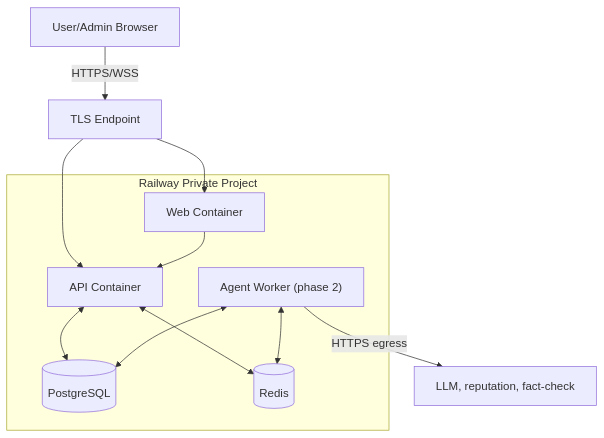
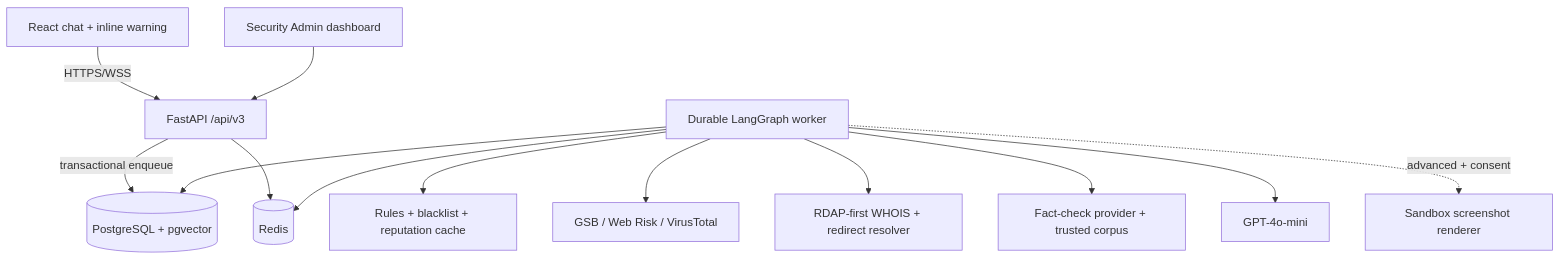
One commit to Binhdn04/TrustGuard-AI changed the third of 4 diagrams in docs/01-ARCHITECTURE.md. Above: the diagram before and after it, drawn with Mermaid. The commit also changed other lines of this file and 8 other files, not shown here.

````diff
--- a/docs/01-ARCHITECTURE.md
+++ b/docs/01-ARCHITECTURE.md
@@ -97,19 +186,15 @@
 ```mermaid
 flowchart TB
-    Browser["User/Admin Browser"] -->|"HTTPS/WSS"| Edge["TLS Endpoint"]
-    subgraph Runtime["Railway Private Project"]
-        Web["Web Container"]
-        API["API Container"]
-        Worker["Agent Worker (phase 2)"]
-        DB[("PostgreSQL")]
-        Redis[("Redis")]
-    end
-    Edge --> Web
-    Edge --> API
-    Web --> API
-    API <--> DB
-    API <--> Redis
-    Worker <--> Redis
-    Worker <--> DB
-    Worker -->|"HTTPS egress"| Providers["LLM, reputation, fact-check"]
+    Web["React chat + inline warning"] -->|HTTPS/WSS| API[FastAPI /api/v3]
+    Admin["Security Admin dashboard"] --> API
+    API -->|transactional enqueue| DB[(PostgreSQL + pgvector)]
+    API --> Redis[(Redis)]
+    Worker[Durable LangGraph worker] --> DB
+    Worker --> Redis
+    Worker --> Local[Rules + blacklist + reputation cache]
+    Worker --> Reputation[GSB / Web Risk / VirusTotal]
+    Worker --> Domain[RDAP-first WHOIS + redirect resolver]
+    Worker --> Facts[Fact-check provider + trusted corpus]
+    Worker --> LLM[GPT-4o-mini]
+    Worker -. advanced + consent .-> Screenshot[Sandbox screenshot renderer]
 ```
````
